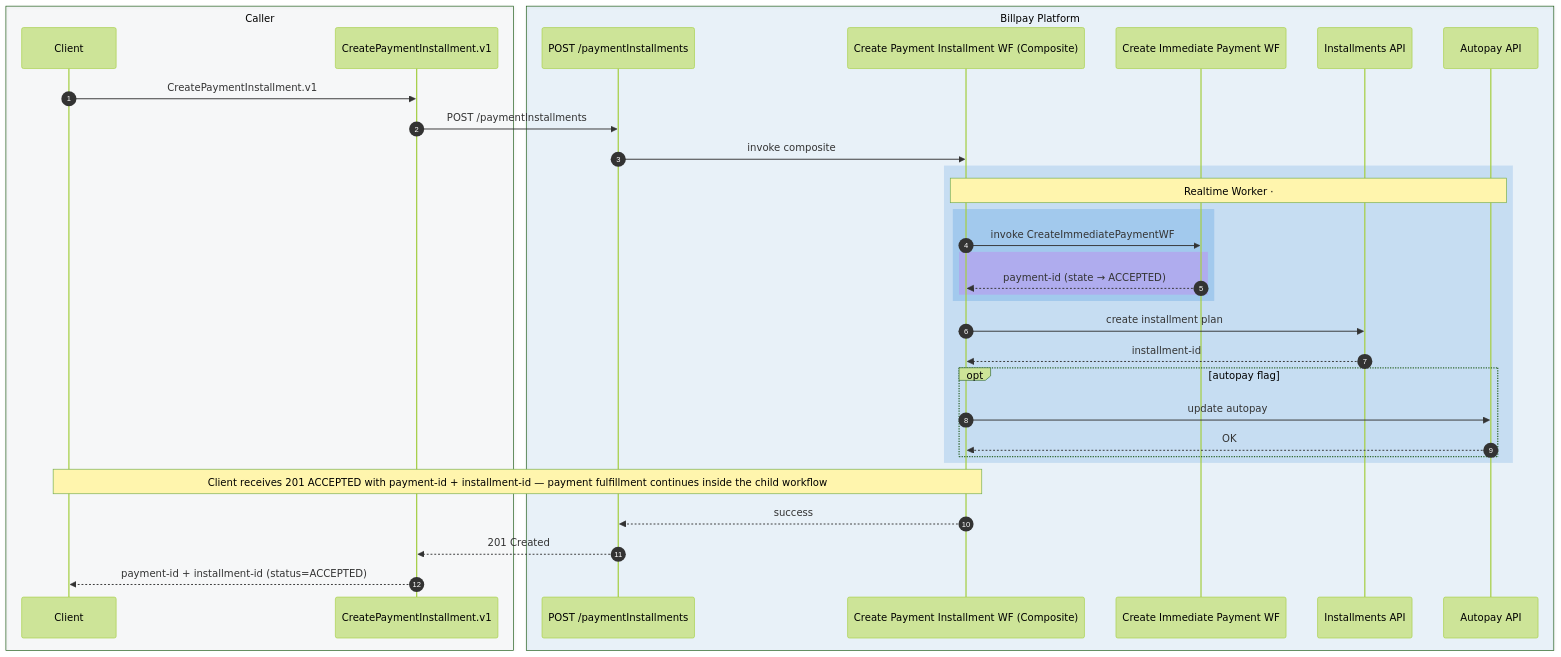
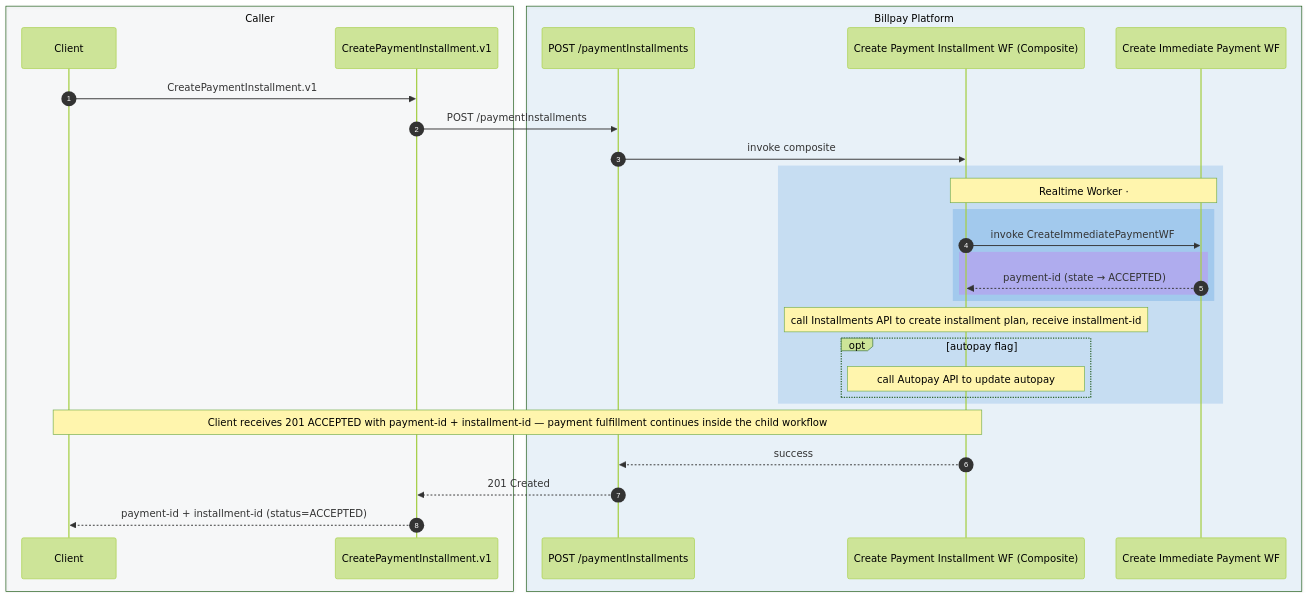
One commit to arunav-bhattacharya/billpay-docs changed the tenth of 10 diagrams in docs/diagrams/sequence-diagrams.md. Above: the diagram before and after it, drawn with Mermaid (forest theme). The commit also changed other lines of this file and 2 other files, not shown here.

First line of the commit message:
Use specific Payment Service names as sequence-diagram actors

````diff
--- a/docs/diagrams/sequence-diagrams.md
+++ b/docs/diagrams/sequence-diagrams.md
@@ -535,44 +517,40 @@
 ```mermaid
 sequenceDiagram
   autonumber
 
   box rgba(148,163,184,0.06) Caller
     participant C as Client
     participant ODF as CreatePaymentInstallment.v1
   end
 
   box rgba(0,111,207,0.08) Billpay Platform
     participant API as POST /paymentInstallments
     participant CWF as Create Payment Installment WF (Composite)
     participant CIP as Create Immediate Payment WF
-    participant INST as Installments API
-    participant AUTO as Autopay API
   end
 
   C->>ODF: CreatePaymentInstallment.v1
   ODF->>API: POST /paymentInstallments
   API->>CWF: invoke composite
 
   rect rgba(0,111,207,0.15)
-    Note over CWF,AUTO: Realtime Worker · #CreatePaymentInstallmentWF — composite that chains payment + installment plan + optional autopay
+    Note over CWF,CIP: Realtime Worker · #CreatePaymentInstallmentWF — composite that chains payment + installment plan + optional autopay
 
     rect rgba(0,111,207,0.18)
       CWF->>CIP: invoke CreateImmediatePaymentWF
       rect rgba(217,70,239,0.22)
         CIP-->>CWF: payment-id (state → ACCEPTED)
       end
     end
 
-    CWF->>INST: create installment plan
-    INST-->>CWF: installment-id
+    Note over CWF: call Installments API to create installment plan, receive installment-id
     opt autopay flag
-      CWF->>AUTO: update autopay
-      AUTO-->>CWF: OK
+      Note over CWF: call Autopay API to update autopay
     end
   end
 
   Note over C,CWF: Client receives 201 ACCEPTED with payment-id + installment-id — payment fulfillment continues inside the child workflow
   CWF-->>API: success
   API-->>ODF: 201 Created
   ODF-->>C: payment-id + installment-id (status=ACCEPTED)
 ```
````
